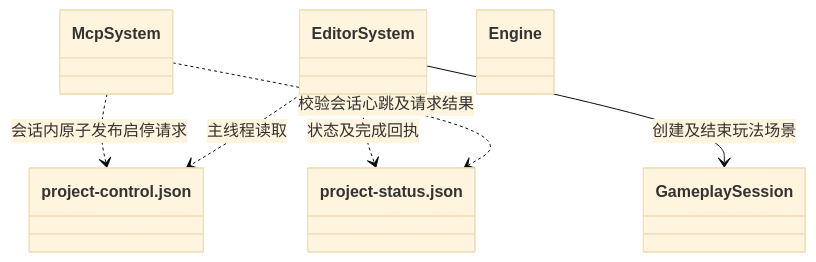
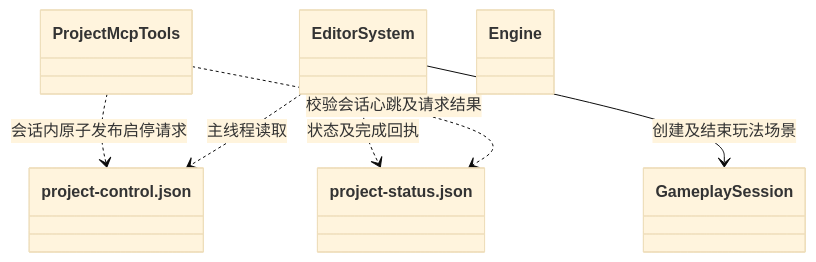
Before and after one commit to lcals/Engine: diagram 13 of 26 in docs/class-diagrams/references.md, drawn with Mermaid (base theme). The commit also changed other lines of this file and 125 other files, not shown here.

````diff
--- a/docs/class-diagrams/references.md
+++ b/docs/class-diagrams/references.md
@@ -363,14 +381,14 @@
 ```mermaid
 classDiagram
-    class McpSystem
+    class ProjectMcpTools
     class EditorSystem
     class Engine
     class ProjectControl["project-control.json"]
     class ProjectStatus["project-status.json"]
-    McpSystem ..> ProjectControl : 会话内原子发布启停请求
+    ProjectMcpTools ..> ProjectControl : 会话内原子发布启停请求
     EditorSystem ..> ProjectControl : 主线程读取
     class GameplaySession
     EditorSystem --> GameplaySession : 创建及结束玩法场景
     EditorSystem ..> ProjectStatus : 状态及完成回执
-    McpSystem ..> ProjectStatus : 校验会话心跳及请求结果
+    ProjectMcpTools ..> ProjectStatus : 校验会话心跳及请求结果
 ```
````
